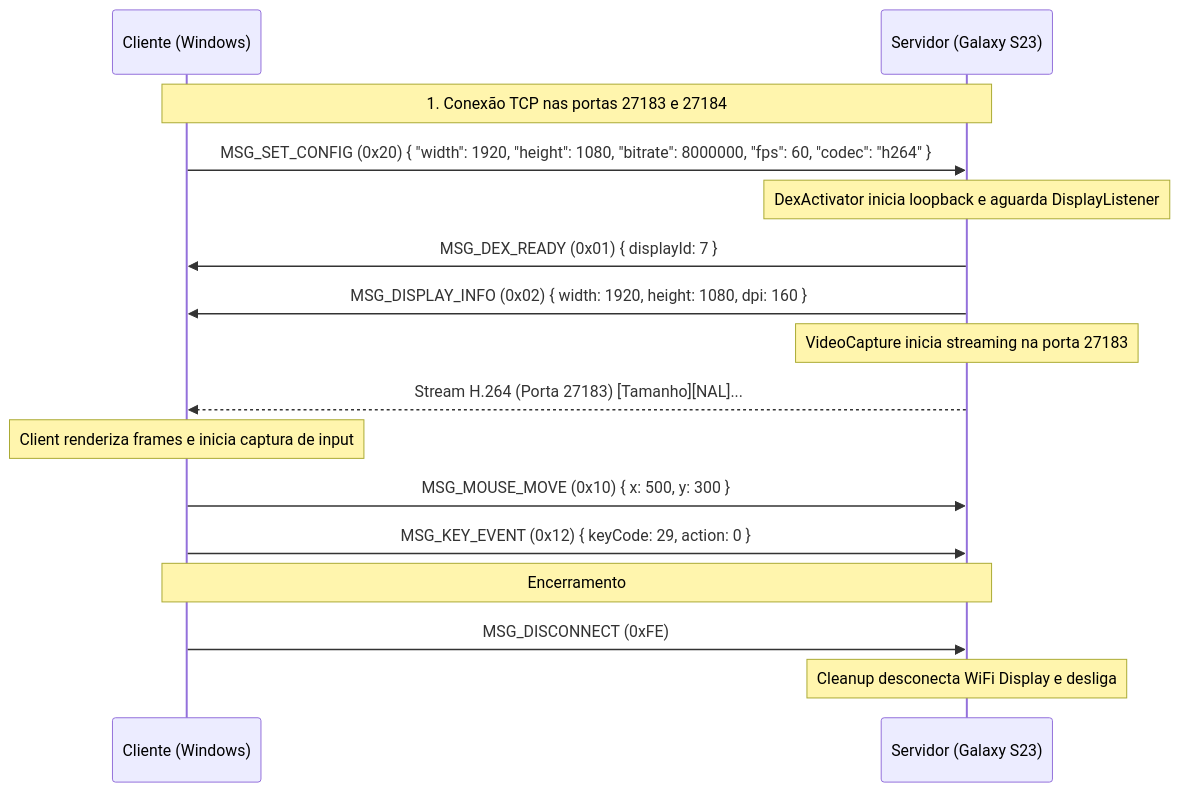
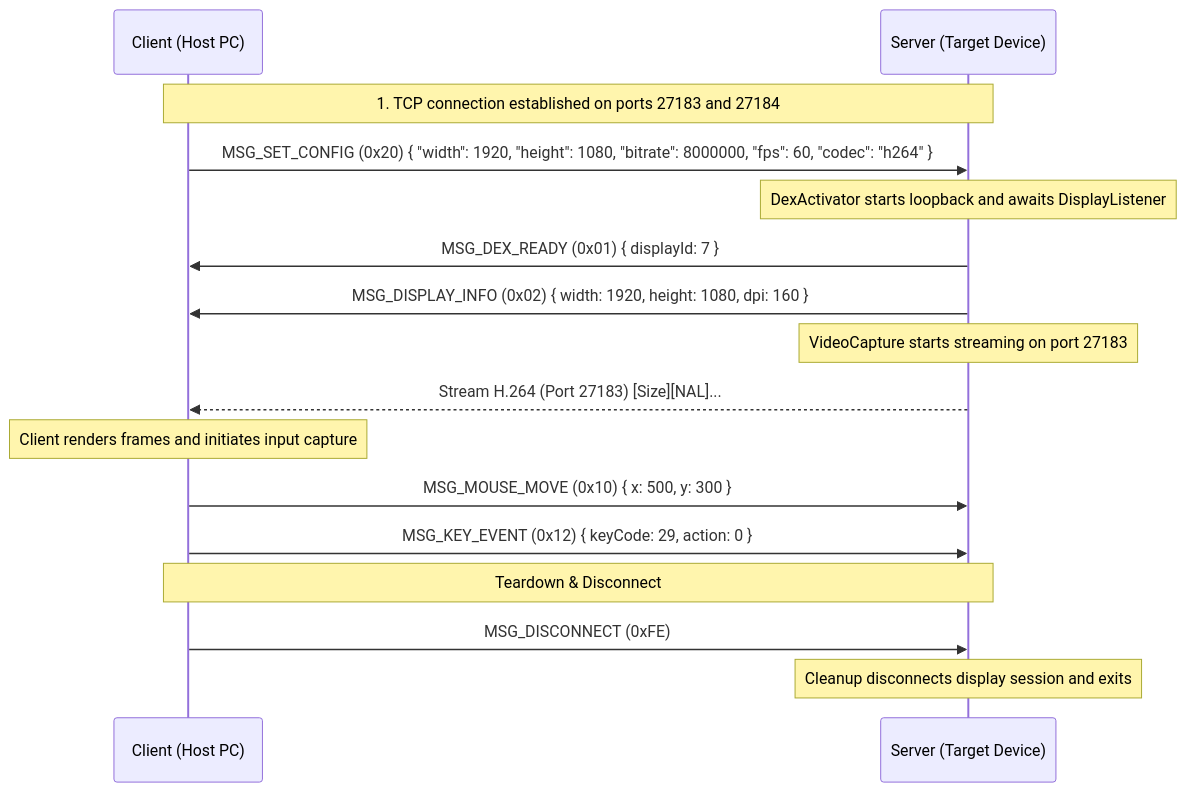
One commit to Aureliano021/ScrcpyDex changed the diagram in docs/PROTOCOL.md. Above: the diagram before and after it, drawn with Mermaid. The commit also changed other lines of this file and 4 other files, not shown here.

````diff
--- a/docs/PROTOCOL.md
+++ b/docs/PROTOCOL.md
@@ -98,20 +97,20 @@
 ```mermaid
 sequenceDiagram
-    participant C as Cliente (Windows)
-    participant S as Servidor (Galaxy S23)
+    participant C as Client (Host PC)
+    participant S as Server (Target Device)
 
-    Note over C,S: 1. Conexão TCP nas portas 27183 e 27184
+    Note over C,S: 1. TCP connection established on ports 27183 and 27184
     C->>S: MSG_SET_CONFIG (0x20) { "width": 1920, "height": 1080, "bitrate": 8000000, "fps": 60, "codec": "h264" }
-    Note over S: DexActivator inicia loopback e aguarda DisplayListener
+    Note over S: DexActivator starts loopback and awaits DisplayListener
     S->>C: MSG_DEX_READY (0x01) { displayId: 7 }
     S->>C: MSG_DISPLAY_INFO (0x02) { width: 1920, height: 1080, dpi: 160 }
-    Note over S: VideoCapture inicia streaming na porta 27183
-    S-->>C: Stream H.264 (Porta 27183) [Tamanho][NAL]...
-    Note over C: Client renderiza frames e inicia captura de input
+    Note over S: VideoCapture starts streaming on port 27183
+    S-->>C: Stream H.264 (Port 27183) [Size][NAL]...
+    Note over C: Client renders frames and initiates input capture
     C->>S: MSG_MOUSE_MOVE (0x10) { x: 500, y: 300 }
     C->>S: MSG_KEY_EVENT (0x12) { keyCode: 29, action: 0 }
     
-    Note over C,S: Encerramento
+    Note over C,S: Teardown & Disconnect
     C->>S: MSG_DISCONNECT (0xFE)
-    Note over S: Cleanup desconecta WiFi Display e desliga
+    Note over S: Cleanup disconnects display session and exits
 ```
````
